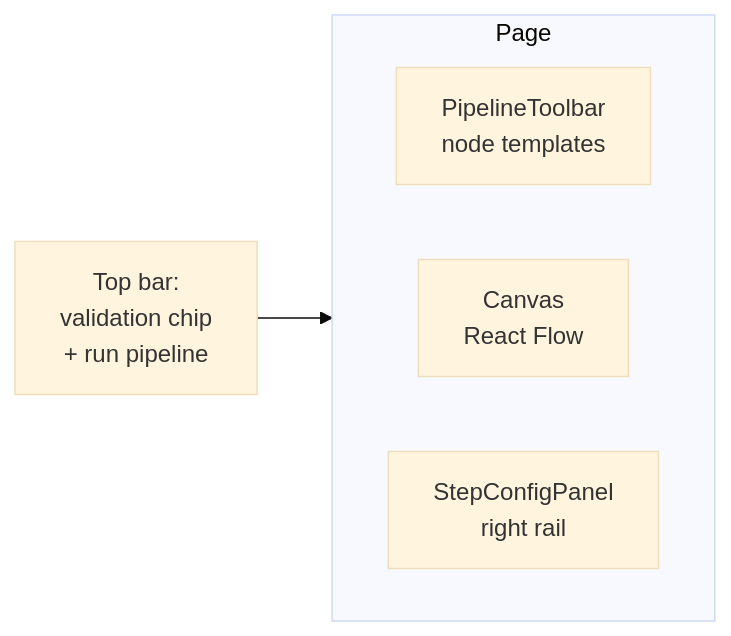
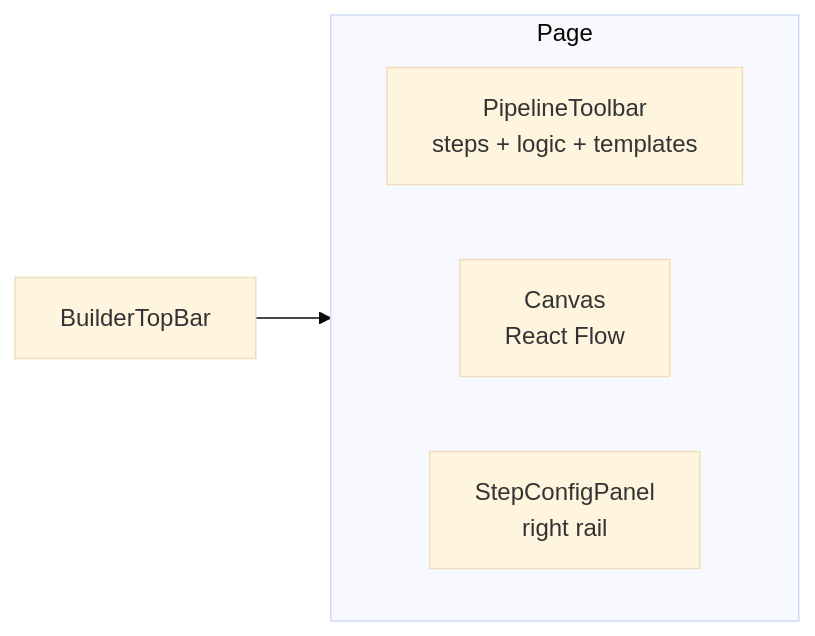
Before and after one commit to sarkar4777/abenix: the second of 3 diagrams in docs/05-ui/01-builder-canvas.md, drawn with Mermaid (base theme). The commit also changed other lines of this file and 288 other files, not shown here.

````diff
--- a/docs/05-ui/01-builder-canvas.md
+++ b/docs/05-ui/01-builder-canvas.md
@@ -41,10 +60,10 @@
 ```mermaid
 flowchart LR
   subgraph Page
     direction LR
-    PT[PipelineToolbar<br/>node templates]
+    PT[PipelineToolbar<br/>steps + logic + templates]
     PC[Canvas<br/>React Flow]
     SC[StepConfigPanel<br/>right rail]
   end
-  TB[Top bar:<br/>validation chip<br/>+ run pipeline] --> Page
+  TB[BuilderTopBar] --> Page
 ```
````
